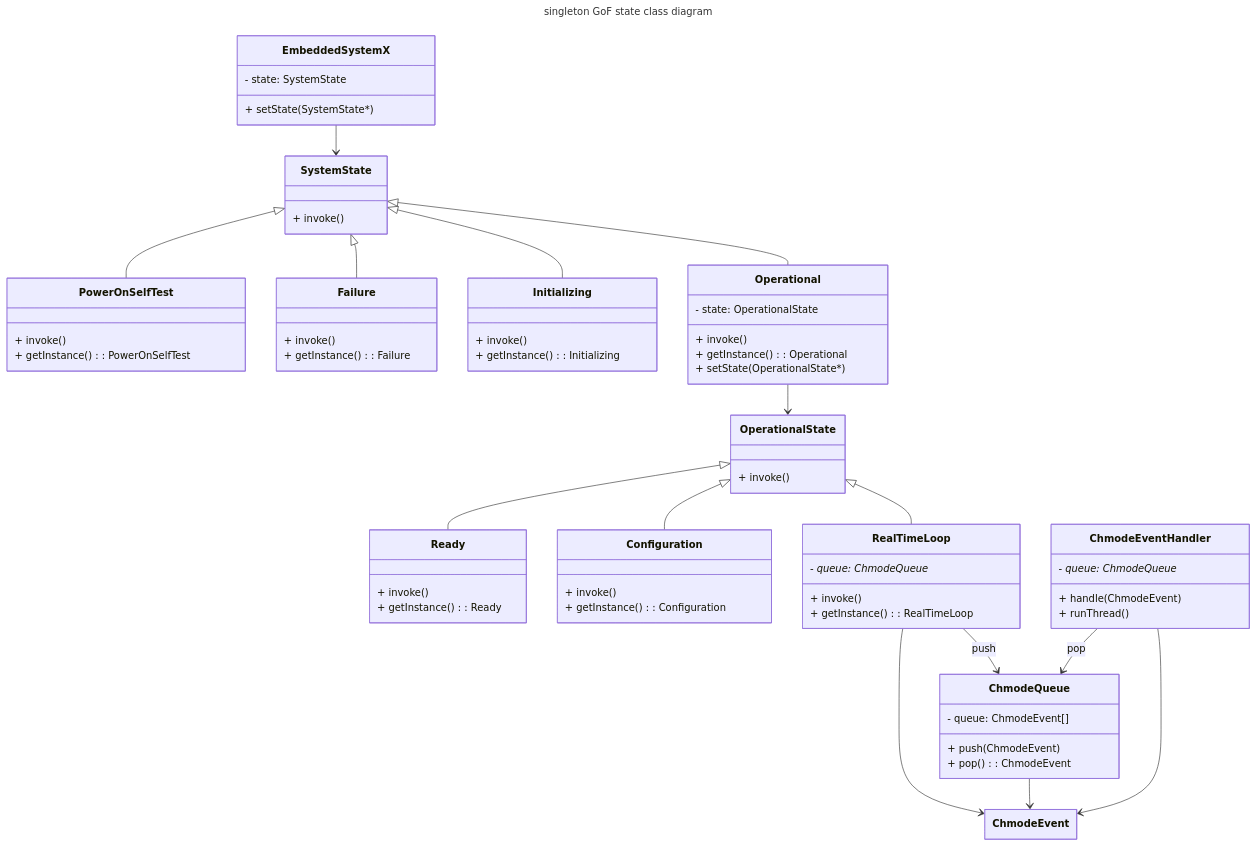
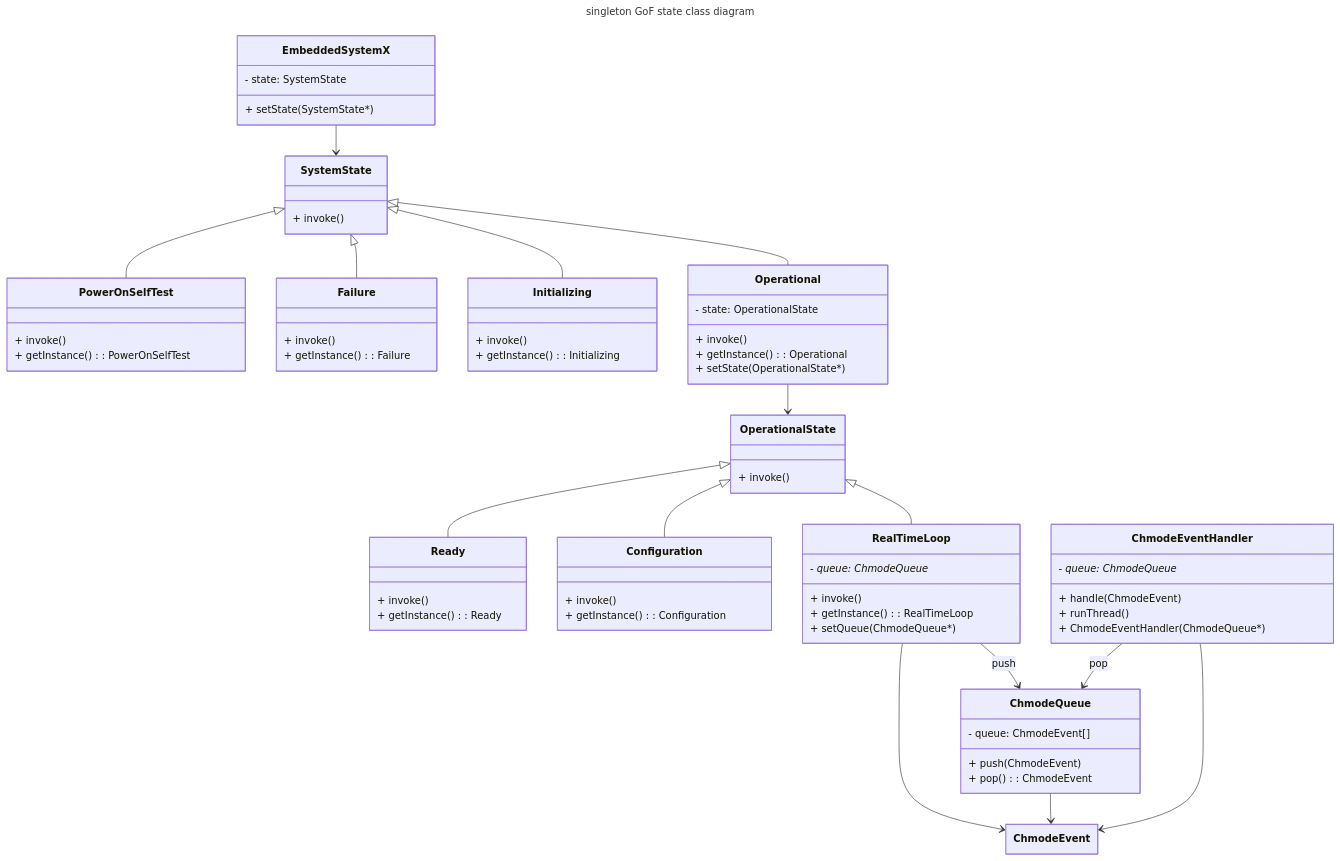
The diagram in a-3/docs.md (Junale/erts-a1), drawn with Mermaid before and after one commit. The commit also changed other lines of this file, not shown here.

````diff
--- a/a-3/docs.md
+++ b/a-3/docs.md
@@ -65,6 +65,7 @@
         - queue: ChmodeQueue*
         + invoke()
         + getInstance(): RealTimeLoop
+        + setQueue(ChmodeQueue*)
     }
 
 
@@ -90,9 +91,6 @@
         - queue: ChmodeQueue*
         + handle(ChmodeEvent)
         + runThread()
+        + ChmodeEventHandler(ChmodeQueue*)
     }
-
-
-
-
 ```
````
